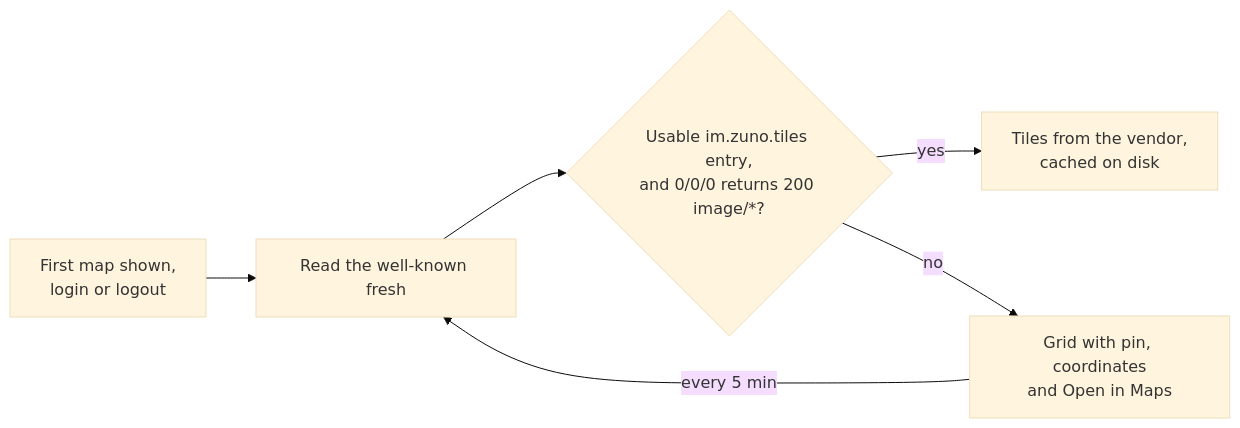
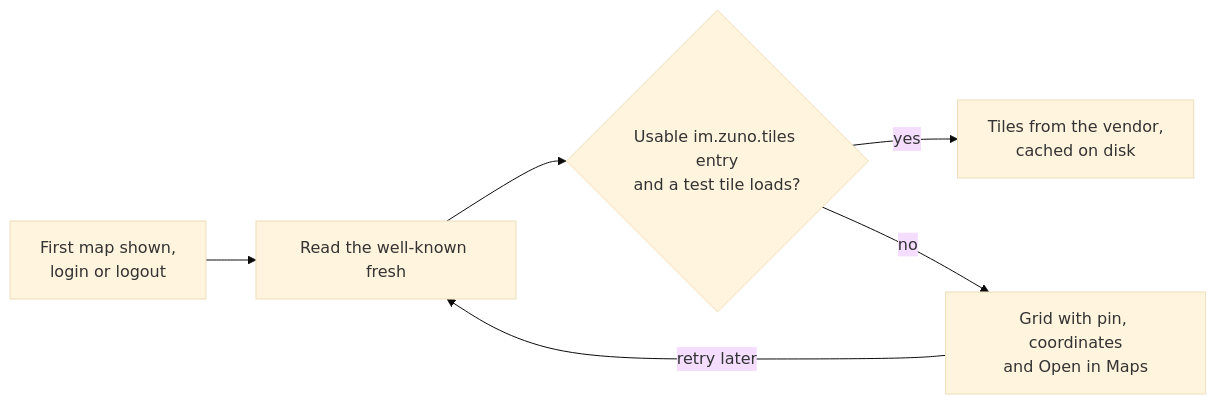
Before and after one commit to Zuno-Chat/zuno-chat: the diagram in docs/features/location-sharing.md, drawn with Mermaid (base theme). The commit also changed other lines of this file and 17 other files, not shown here.

````diff
--- a/docs/features/location-sharing.md
+++ b/docs/features/location-sharing.md
@@ -31,8 +27,8 @@
 ```mermaid
 flowchart LR
   A["First map shown,<br>login or logout"] --> B["Read the well-known fresh"]
-  B --> C{"Usable im.zuno.tiles entry,<br>and 0/0/0 returns 200 image/*?"}
+  B --> C{"Usable im.zuno.tiles entry<br>and a test tile loads?"}
   C -- yes --> D["Tiles from the vendor,<br>cached on disk"]
   C -- no --> E["Grid with pin, coordinates<br>and Open in Maps"]
-  E -- every 5 min --> B
+  E -- retry later --> B
 ```
````
